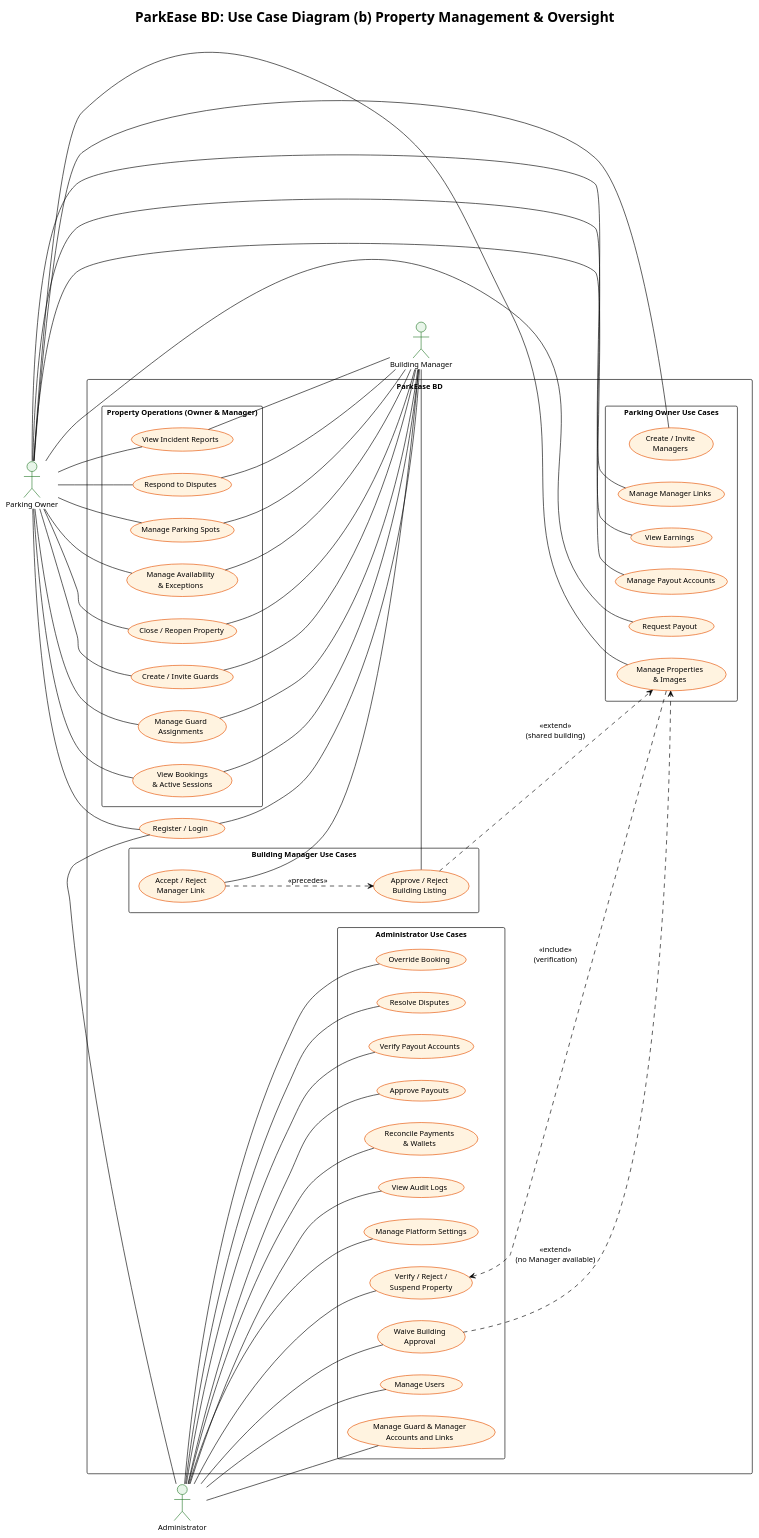
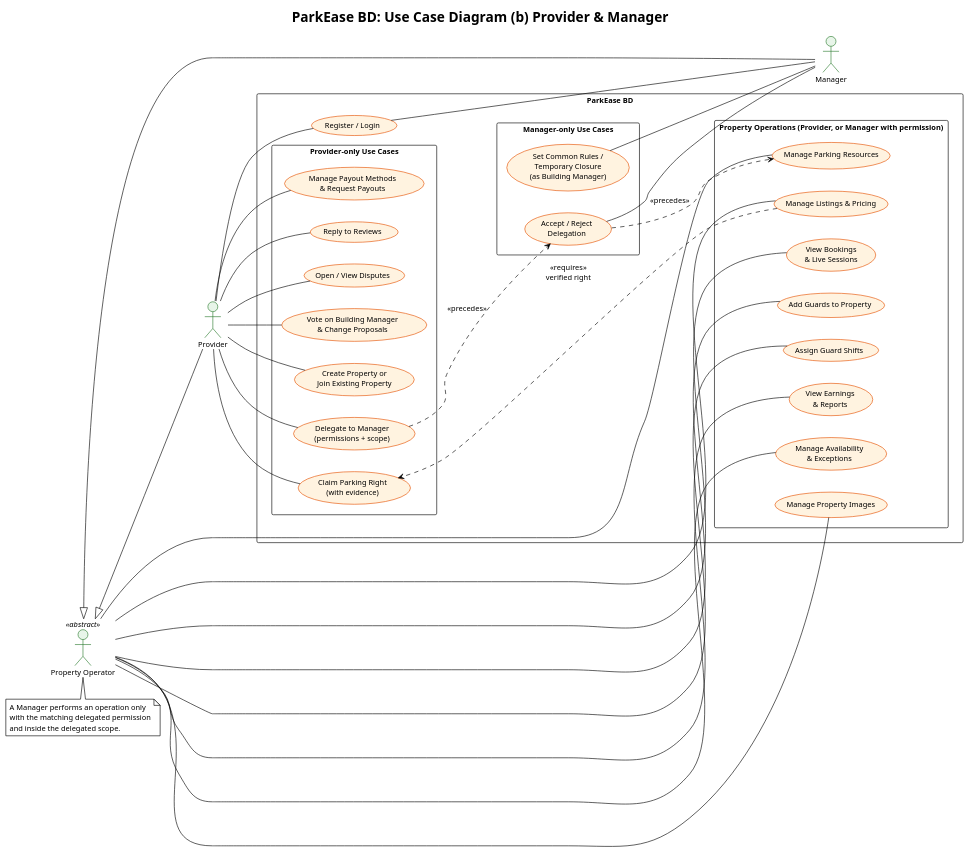
The diagram in docs/diagrams/use-case-property.puml (0xFaysal/se-lab-wake-up-to-reality), drawn with PlantUML before and after one commit. The commit also changed 1 other file, not shown here.

Commit message:
docs(diagrams): update Provider and Manager use case diagram

```diff
--- a/docs/diagrams/use-case-property.puml
+++ b/docs/diagrams/use-case-property.puml
@@ -1,119 +1,91 @@
 @startuml use-case-property
 !theme plain
-title ParkEase BD: Use Case Diagram (b) Property Management & Oversight
+title ParkEase BD: Use Case Diagram (b) Provider & Manager
 
 skinparam backgroundColor white
 skinparam shadowing false
 skinparam defaultFontSize 12
 skinparam packageStyle rectangle
 skinparam usecase {
   BackgroundColor #FFF3E0
   BorderColor #E65100
 }
 skinparam actor {
   BackgroundColor #E8F5E9
   BorderColor #2E7D32
 }
 
 left to right direction
 
-actor "Parking Owner" as Owner
-actor "Administrator" as Admin
-actor "Building Manager" as Manager
+actor "Provider" as Provider
+actor "Manager" as Manager
+actor "Property Operator" as Operator <<abstract>>
 
 rectangle "ParkEase BD" {
 
   usecase "Register / Login" as UC1
 
-  package "Parking Owner Use Cases" {
-    usecase "Manage Properties\n& Images" as UC14
-    usecase "Create / Invite\nManagers" as UC42
-    usecase "Manage Manager Links" as UC43
-    usecase "View Earnings" as UC20
-    usecase "Manage Payout Accounts" as UC21
-    usecase "Request Payout" as UC22
+  package "Provider-only Use Cases" {
+    usecase "Create Property or\nJoin Existing Property" as UC30
+    usecase "Claim Parking Right\n(with evidence)" as UC31
+    usecase "Delegate to Manager\n(permissions + scope)" as UC32
+    usecase "Manage Payout Methods\n& Request Payouts" as UC33
+    usecase "Reply to Reviews" as UC34
+    usecase "Open / View Disputes" as UC35
+    usecase "Vote on Building Manager\n& Change Proposals" as UC36
   }
 
-  package "Property Operations (Owner & Manager)" {
-    usecase "Manage Parking Spots" as UC15
-    usecase "Manage Availability\n& Exceptions" as UC16
-    usecase "Close / Reopen Property" as UC44
-    usecase "Create / Invite Guards" as UC17
-    usecase "Manage Guard\nAssignments" as UC18
-    usecase "View Bookings\n& Active Sessions" as UC19
-    usecase "View Incident Reports" as UC45
-    usecase "Respond to Disputes" as UC23
+  package "Property Operations (Provider, or Manager with permission)" {
+    usecase "Manage Parking Resources" as UC40
+    usecase "Manage Listings & Pricing" as UC41
+    usecase "Manage Availability\n& Exceptions" as UC42
+    usecase "Manage Property Images" as UC43
+    usecase "View Bookings\n& Live Sessions" as UC44
+    usecase "Add Guards to Property" as UC45
+    usecase "Assign Guard Shifts" as UC46
+    usecase "View Earnings\n& Reports" as UC47
   }
 
-  package "Building Manager Use Cases" {
-    usecase "Accept / Reject\nManager Link" as UC46
-    usecase "Approve / Reject\nBuilding Listing" as UC47
+  package "Manager-only Use Cases" {
+    usecase "Accept / Reject\nDelegation" as UC50
+    usecase "Set Common Rules /\nTemporary Closure\n(as Building Manager)" as UC51
   }
 
-  package "Administrator Use Cases" {
-    usecase "Verify / Reject /\nSuspend Property" as UC32
-    usecase "Waive Building\nApproval" as UC48
-    usecase "Manage Users" as UC33
-    usecase "Manage Guard & Manager\nAccounts and Links" as UC34
-    usecase "Override Booking" as UC35
-    usecase "Resolve Disputes" as UC36
-    usecase "Verify Payout Accounts" as UC37
-    usecase "Approve Payouts" as UC38
-    usecase "Reconcile Payments\n& Wallets" as UC39
-    usecase "View Audit Logs" as UC40
-    usecase "Manage Platform Settings" as UC41
-  }
 }
 
-' --- Parking Owner (left) ---
-Owner -- UC1
-Owner -- UC14
-Owner -- UC42
-Owner -- UC43
-Owner -- UC20
-Owner -- UC21
-Owner -- UC22
-Owner -- UC15
-Owner -- UC16
-Owner -- UC44
-Owner -- UC17
-Owner -- UC18
-Owner -- UC19
-Owner -- UC45
-Owner -- UC23
+Provider -- UC1
+Provider -- UC30
+Provider -- UC31
+Provider -- UC32
+Provider -- UC33
+Provider -- UC34
+Provider -- UC35
+Provider -- UC36
 
-UC14 ..> UC32 : <<include>>\n(verification)
+UC41 ..> UC31 : <<requires>>\nverified right
 
-' --- Administrator (left) ---
-Admin -- UC1
-Admin -- UC32
-Admin -- UC48
-Admin -- UC33
-Admin -- UC34
-Admin -- UC35
-Admin -- UC36
-Admin -- UC37
-Admin -- UC38
-Admin -- UC39
-Admin -- UC40
-Admin -- UC41
+Operator -- UC40
+Operator -- UC41
+Operator -- UC42
+Operator -- UC43
+Operator -- UC44
+Operator -- UC45
+Operator -- UC46
+Operator -- UC47
+Provider -up-|> Operator
+Manager -up-|> Operator
 
-UC48 ..> UC14 : <<extend>>\n(no Manager available)
+note bottom of Operator
+  A Manager performs an operation only
+  with the matching delegated permission
+  and inside the delegated scope.
+end note
 
-' --- Building Manager (right; no financial use cases) ---
 UC1 -- Manager
-UC46 -- Manager
-UC47 -- Manager
-UC15 -- Manager
-UC16 -- Manager
-UC44 -- Manager
-UC17 -- Manager
-UC18 -- Manager
-UC19 -- Manager
-UC45 -- Manager
-UC23 -- Manager
+UC50 -- Manager
+UC51 -- Manager
 
-UC47 ..> UC14 : <<extend>>\n(shared building)
-UC46 ..> UC47 : <<precedes>>
+UC50 ..> UC40 : <<precedes>>
+UC32 ..> UC50 : <<precedes>>
 
 @enduml
```
